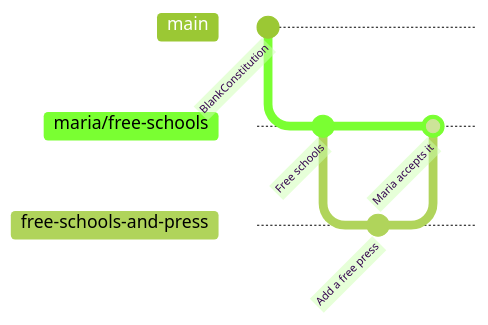
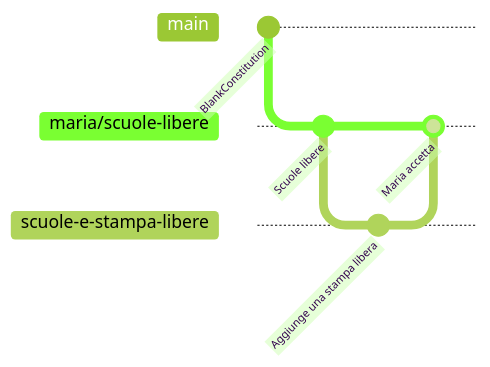
One commit to BlankConstitution/blankconstitution changed the second of 2 diagrams in docs/terminal.md. Above: the diagram before and after it, drawn with Mermaid (forest theme). The commit also changed other lines of this file and 4 other files, not shown here.

````diff
--- a/docs/terminal.md
+++ b/docs/terminal.md
@@ -96,12 +97,12 @@
 ```mermaid
 gitGraph
     commit id: "BlankConstitution"
-    branch maria/free-schools
-    checkout maria/free-schools
-    commit id: "Free schools"
-    branch free-schools-and-press
-    checkout free-schools-and-press
-    commit id: "Add a free press"
-    checkout maria/free-schools
-    merge free-schools-and-press id: "Maria accepts it"
+    branch maria/scuole-libere
+    checkout maria/scuole-libere
+    commit id: "Scuole libere"
+    branch scuole-e-stampa-libere
+    checkout scuole-e-stampa-libere
+    commit id: "Aggiunge una stampa libera"
+    checkout maria/scuole-libere
+    merge scuole-e-stampa-libere id: "Maria accetta"
 ```
````
